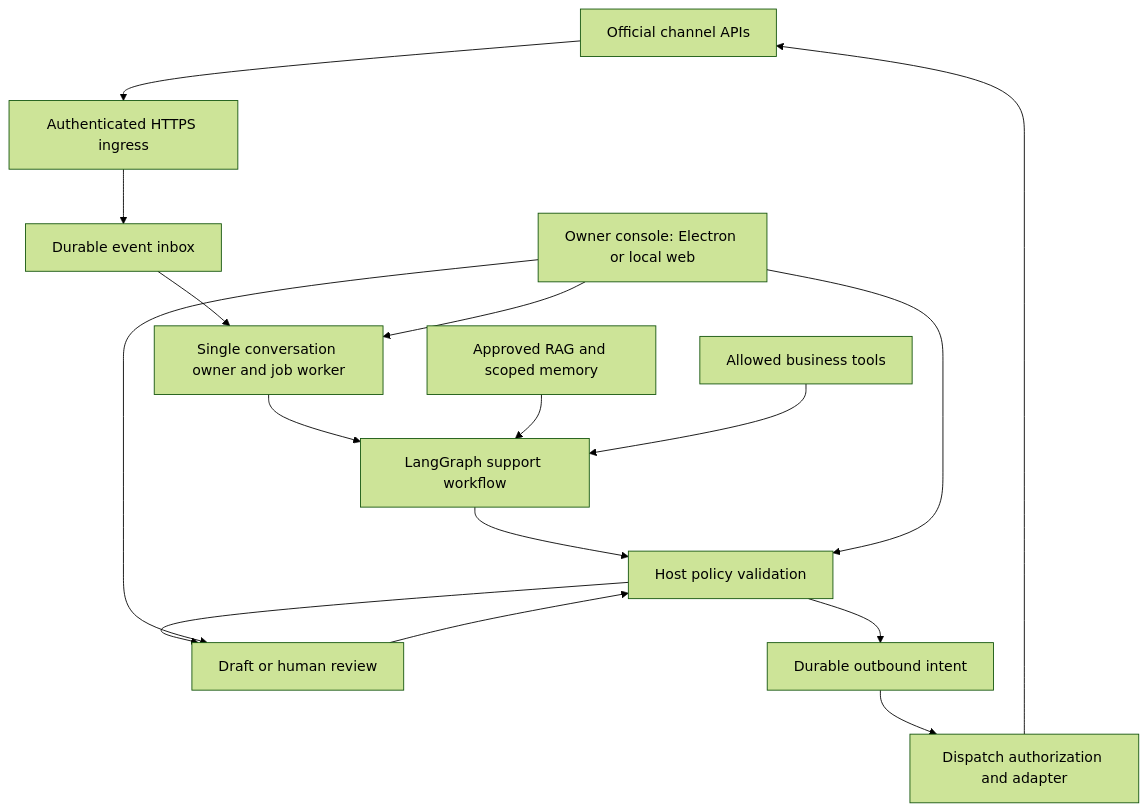
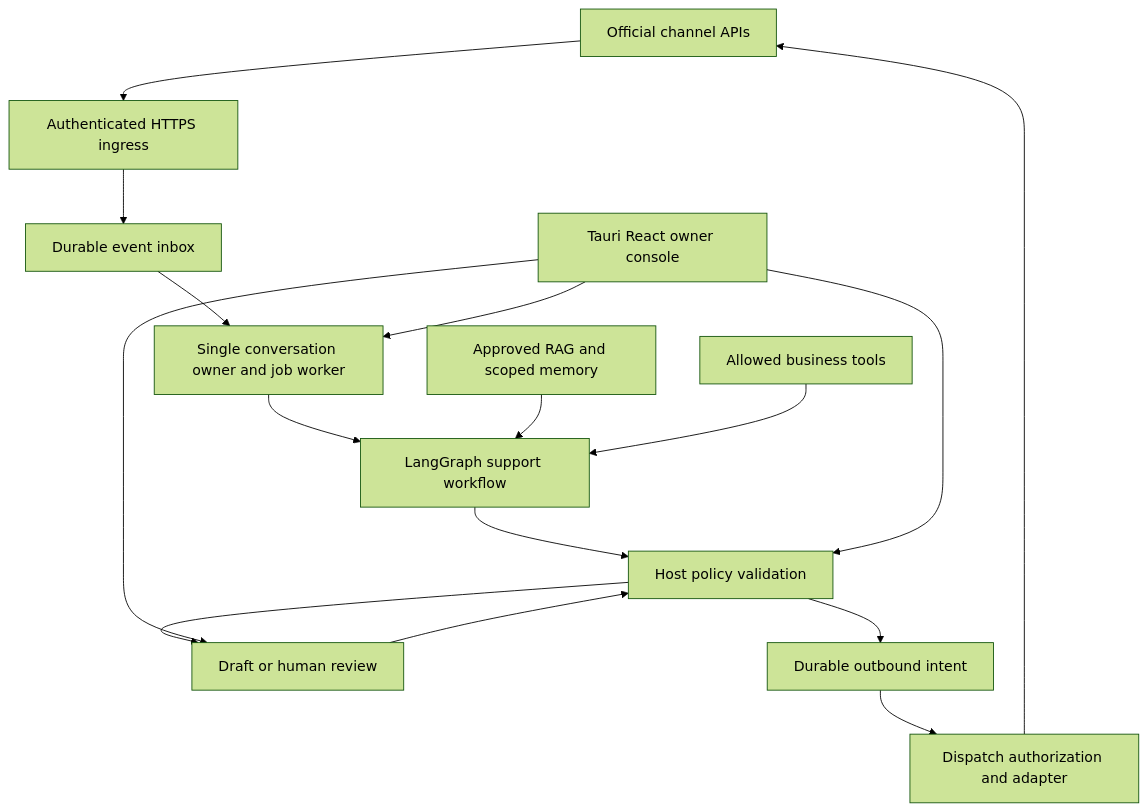
The second of 2 diagrams in docs/omnichannel-langgraph-architecture.md (meharajM/WA-copilot), drawn with Mermaid (forest theme) before and after one commit. The commit also changed other lines of this file, not shown here.

Commit message:
docs: select Tauri hybrid desktop architecture

````diff
--- a/docs/omnichannel-langgraph-architecture.md
+++ b/docs/omnichannel-langgraph-architecture.md
@@ -108,18 +129,18 @@
 ```mermaid
 flowchart TD
     C[Official channel APIs] --> I[Authenticated HTTPS ingress]
     I --> E[Durable event inbox]
     E --> W[Single conversation owner and job worker]
     W --> G[LangGraph support workflow]
     K[Approved RAG and scoped memory] --> G
     T[Allowed business tools] --> G
     G --> P[Host policy validation]
     P --> H[Draft or human review]
     H --> P
     P --> O[Durable outbound intent]
     O --> D[Dispatch authorization and adapter]
     D --> C
-    U[Owner console: Electron or local web] --> W
+    U[Tauri React owner console] --> W
     U --> H
     U --> P
 ```
````
